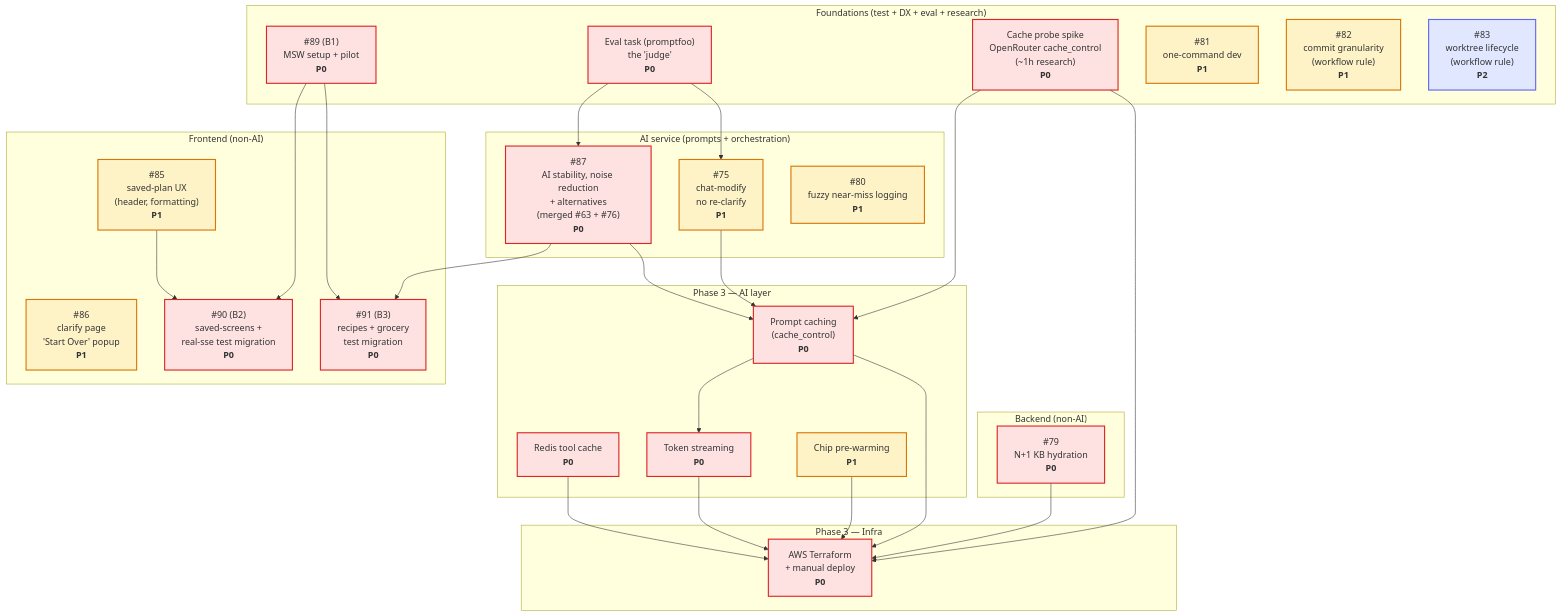
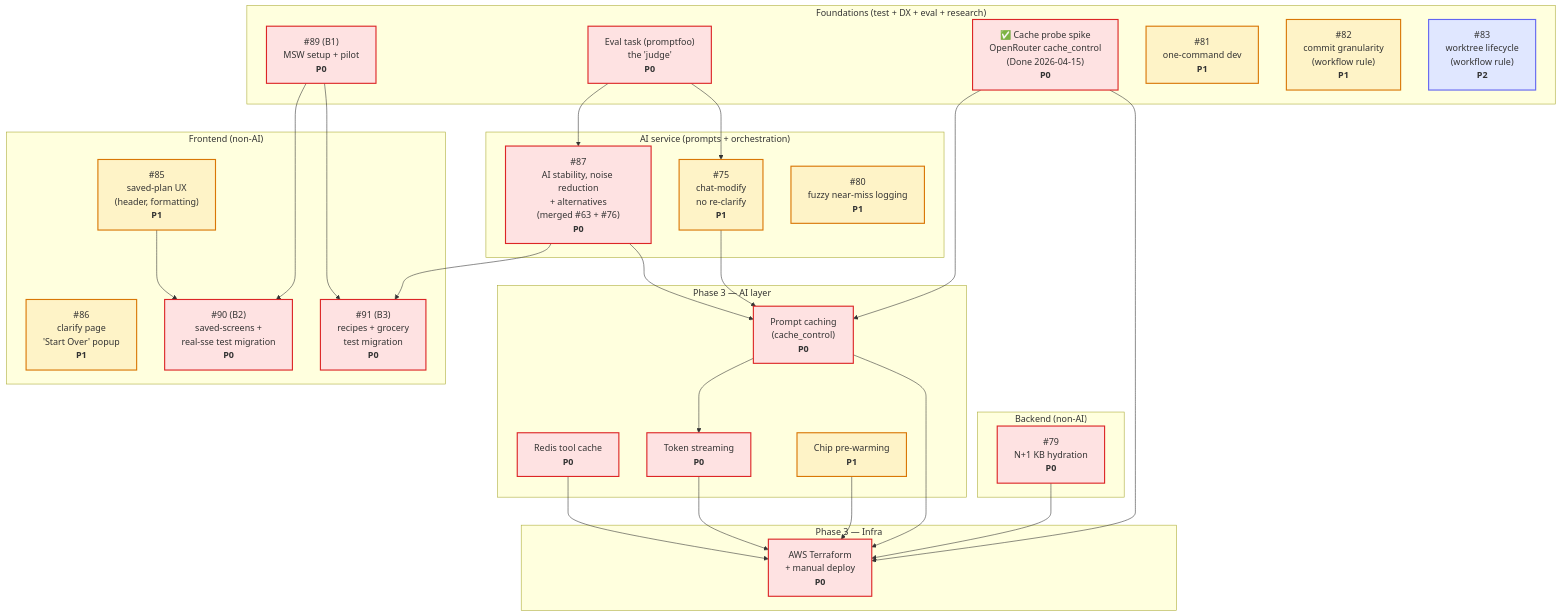
One commit to iDako7/Smart_Grocery_Agent changed the diagram in docs/01-plans/phase3-prep-dependency-map.md. Above: the diagram before and after it, drawn with Mermaid. The commit also changed other lines of this file and 6 other files, not shown here.

First line of the commit message:
docs: resolve cache probe spike and validate Phase 3 cost model

````diff
--- a/docs/01-plans/phase3-prep-dependency-map.md
+++ b/docs/01-plans/phase3-prep-dependency-map.md
@@ -11,81 +11,81 @@
 ```mermaid
 graph TB
     subgraph Foundations["Foundations (test + DX + eval + research)"]
         B1["#89 (B1)<br/>MSW setup + pilot<br/><b>P0</b>"]
         EvalJudge["Eval task (promptfoo)<br/>the 'judge'<br/><b>P0</b>"]
-        CacheProbe["Cache probe spike<br/>OpenRouter cache_control<br/>(~1h research)<br/><b>P0</b>"]
+        CacheProbe["✅ Cache probe spike<br/>OpenRouter cache_control<br/>(Done 2026-04-15)<br/><b>P0</b>"]
         DX81["#81<br/>one-command dev<br/><b>P1</b>"]
         WF82["#82<br/>commit granularity<br/>(workflow rule)<br/><b>P1</b>"]
         WF83["#83<br/>worktree lifecycle<br/>(workflow rule)<br/><b>P2</b>"]
     end
 
     subgraph Backend["Backend (non-AI)"]
         BE79["#79<br/>N+1 KB hydration<br/><b>P0</b>"]
     end
 
     subgraph Frontend["Frontend (non-AI)"]
         FE85["#85<br/>saved-plan UX<br/>(header, formatting)<br/><b>P1</b>"]
         FE86["#86<br/>clarify page<br/>'Start Over' popup<br/><b>P1</b>"]
         B2["#90 (B2)<br/>saved-screens +<br/>real-sse test migration<br/><b>P0</b>"]
         B3["#91 (B3)<br/>recipes + grocery<br/>test migration<br/><b>P0</b>"]
     end
 
     subgraph AIService["AI service (prompts + orchestration)"]
         AI87["#87<br/>AI stability, noise reduction<br/>+ alternatives<br/>(merged #63 + #76)<br/><b>P0</b>"]
         AI75["#75<br/>chat-modify<br/>no re-clarify<br/><b>P1</b>"]
         AI80["#80<br/>fuzzy near-miss logging<br/><b>P1</b>"]
     end
 
     subgraph Phase3AI["Phase 3 — AI layer"]
         P3Cache["Prompt caching<br/>(cache_control)<br/><b>P0</b>"]
         P3Redis["Redis tool cache<br/><b>P0</b>"]
         P3Stream["Token streaming<br/><b>P0</b>"]
         P3Chip["Chip pre-warming<br/><b>P1</b>"]
     end
 
     subgraph Phase3Infra["Phase 3 — Infra"]
         P3TF["AWS Terraform<br/>+ manual deploy<br/><b>P0</b>"]
     end
 
     %% Test foundation gates frontend test migrations
     B1 --> B2
     B1 --> B3
 
     %% Frontend UX fix must land before its test migration
     FE85 --> B2
 
     %% Eval must exist BEFORE prompt/orchestration work — it's the judge
     EvalJudge --> AI87
     EvalJudge --> AI75
 
     %% Cache probe must resolve before any deploy work depends on caching assumptions
     CacheProbe --> P3Cache
     CacheProbe --> P3TF
 
     %% #87 alternatives data structure must finalize before recipes test migration
     AI87 --> B3
 
     %% AI fixes must land before prompt caching freezes prompt shape
     AI87 --> P3Cache
     AI75 --> P3Cache
 
     %% Prompt caching and token streaming touch same call site
     P3Cache --> P3Stream
 
     %% Phase 3 AI work must land before deploy
     P3Cache --> P3TF
     P3Redis --> P3TF
     P3Stream --> P3TF
     P3Chip --> P3TF
 
     %% #79 should land before deploy (hot-path perf)
     BE79 --> P3TF
 
     classDef p0 fill:#fee2e2,stroke:#dc2626,stroke-width:2px
     classDef p1 fill:#fef3c7,stroke:#d97706,stroke-width:2px
     classDef p2 fill:#e0e7ff,stroke:#6366f1,stroke-width:2px
 
     class B1,B2,B3,BE79,AI87,P3Cache,P3Redis,P3Stream,P3TF,EvalJudge,CacheProbe p0
     class DX81,FE85,FE86,AI75,AI80,P3Chip,WF82 p1
     class WF83 p2
 ```
````
